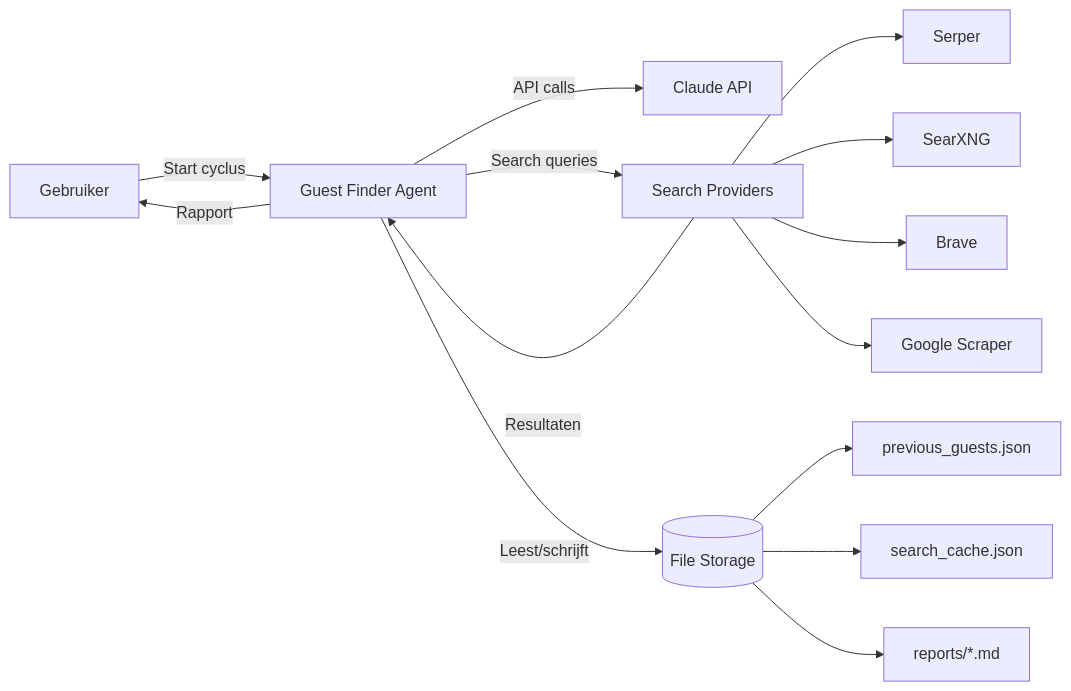
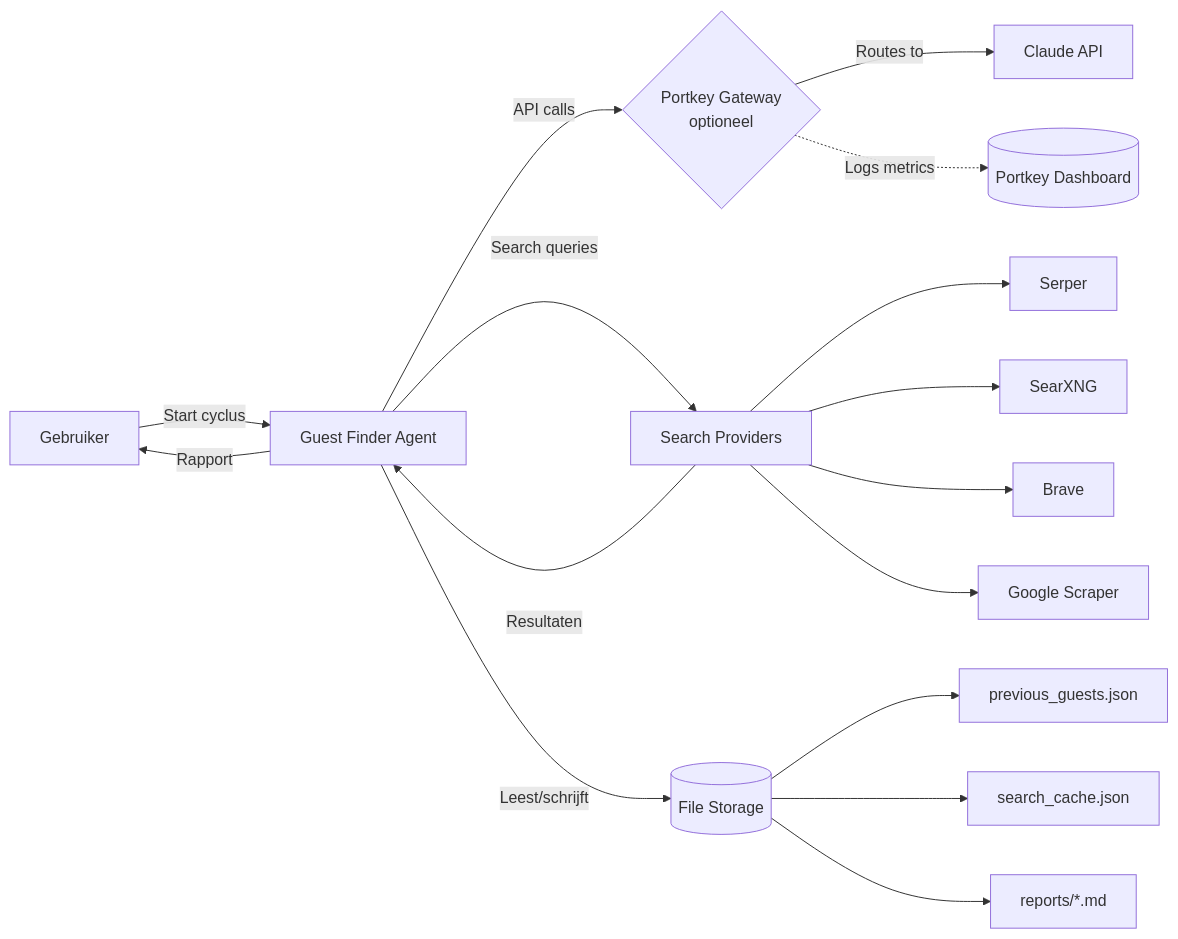
Before and after one commit to Joopsnijder/guest_search: the first of 6 diagrams in docs/architecture.md, drawn with Mermaid. The commit also changed other lines of this file, not shown here.

First line of the commit message:
docs: Update architecture.md with Portkey observability integration

````diff
--- a/docs/architecture.md
+++ b/docs/architecture.md
@@ -32,18 +33,20 @@
 ```mermaid
 graph LR
     U[Gebruiker] -->|Start cyclus| GF[Guest Finder Agent]
-    GF -->|API calls| CA[Claude API]
+    GF -->|API calls| PK{Portkey Gateway<br/>optioneel}
+    PK -->|Routes to| CA[Claude API]
+    PK -.->|Logs metrics| PD[(Portkey Dashboard)]
     GF -->|Search queries| SP[Search Providers]
     SP -->|Resultaten| GF
     GF -->|Leest/schrijft| FS[(File Storage)]
     GF -->|Rapport| U
 
     SP --> S1[Serper]
     SP --> S2[SearXNG]
     SP --> S3[Brave]
     SP --> S4[Google Scraper]
 
     FS --> F1[previous_guests.json]
     FS --> F2[search_cache.json]
     FS --> F3[reports/*.md]
 ```
````
